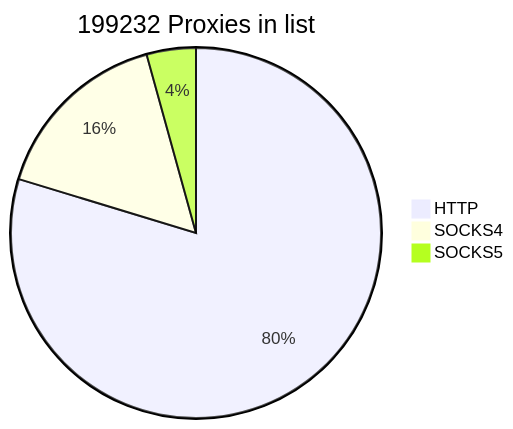
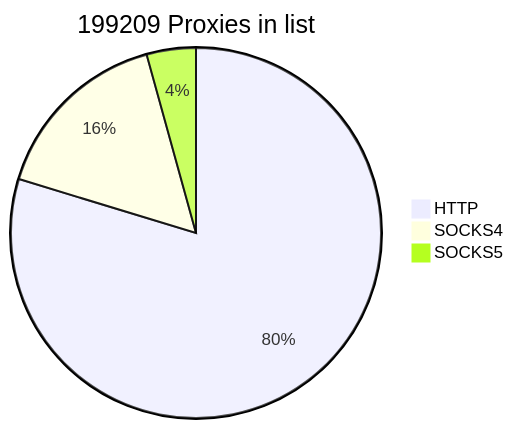
The first of 2 diagrams in README.md (cutipu/proxylist), drawn with Mermaid before and after one commit. The commit also changed other lines of this file, not shown here.

````diff
--- a/README.md
+++ b/README.md
@@ -2,7 +2,7 @@
 ```mermaid
-pie title 199232 Proxies in list
-    "HTTP" : 158788
-    "SOCKS4" : 31884
-    "SOCKS5" : 8560
+pie title 199209 Proxies in list
+    "HTTP" : 158787
+    "SOCKS4" : 31867
+    "SOCKS5" : 8555
             
 ```
````
